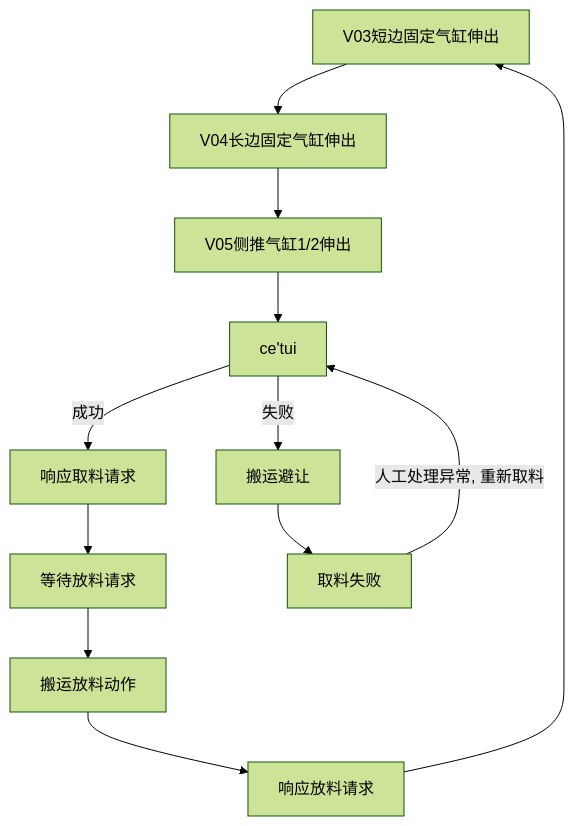
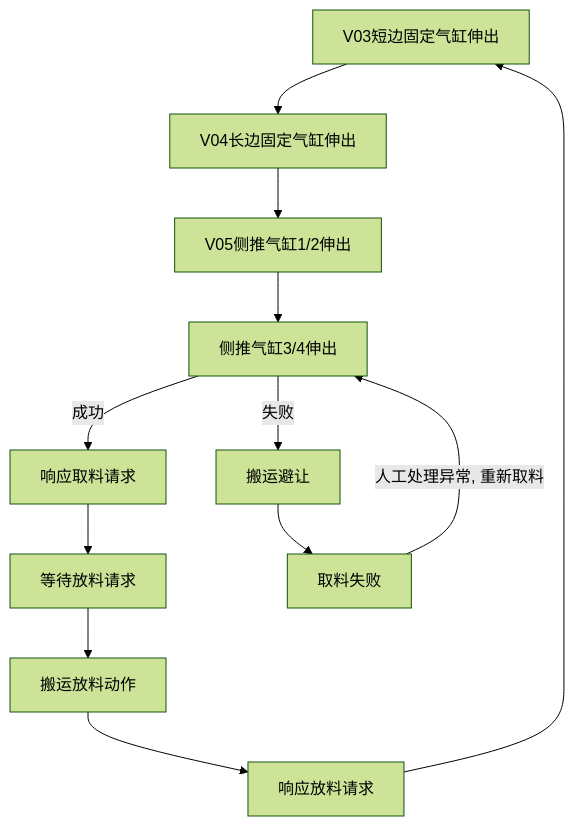
The diagram in all/OP10气缸固定流程.md (PengKun1/iodraw-files), drawn with Mermaid (forest theme) before and after one commit.

Commit message:
2024-08-05 13:50:26 update

````diff
--- a/all/OP10气缸固定流程.md
+++ b/all/OP10气缸固定流程.md
@@ -1,17 +1,17 @@
 ```mermaid
 graph TD
 10[V03短边固定气缸伸出]-->20
 20[V04长边固定气缸伸出]-->30
 30[V05侧推气缸1/2伸出]-->40
-40[ce'tui]-->|成功|50
+40[侧推气缸3/4伸出]-->|成功|50
 40-->|失败|90
 50[响应取料请求]-->60
 60[等待放料请求]-->70
 70[搬运放料动作]-->80
 80[响应放料请求]-->10
 
 90[搬运避让]-->900
 
 900[取料失败]-->|人工处理异常, 重新取料|40
   
 ```
````
